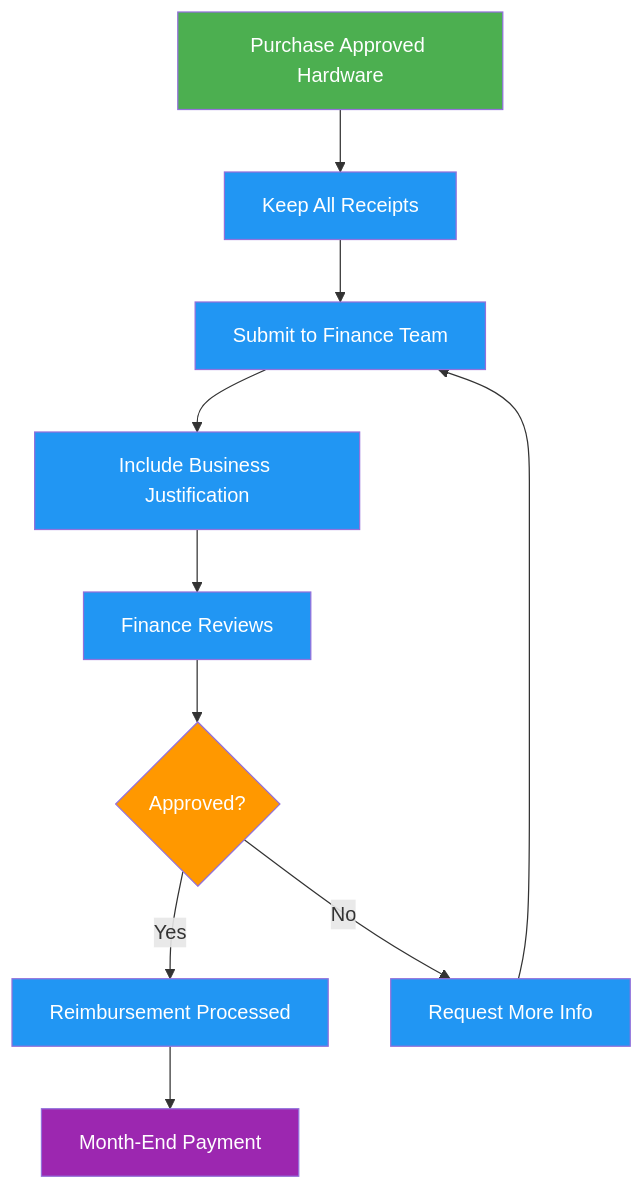
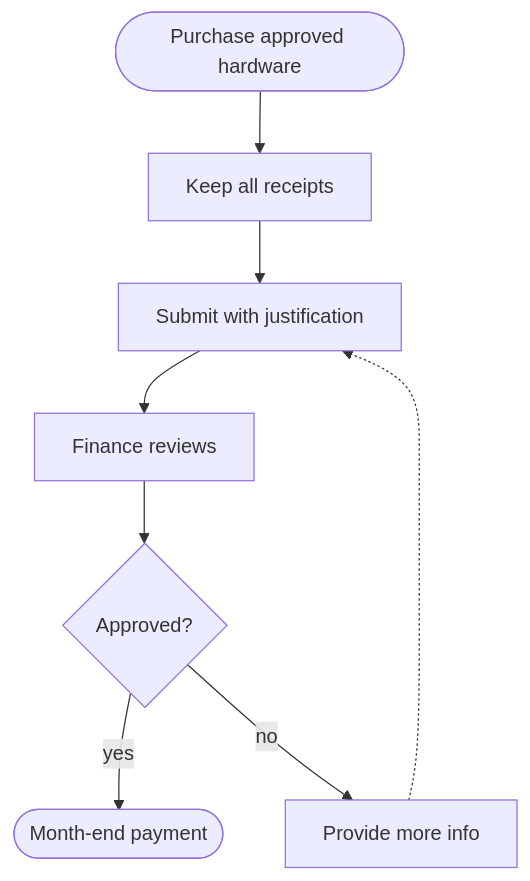
Before and after one commit to ultralytics/handbook: the fourth of 4 diagrams in docs/en/tools/hardware.md, drawn with Mermaid. The commit also changed other lines of this file and 16 other files, not shown here.

Commit message:
Migrate handbook Mermaid diagrams to the unified design system (#363)

````diff
--- a/docs/en/tools/hardware.md
+++ b/docs/en/tools/hardware.md
@@ -381,17 +370,10 @@
 ```mermaid
-graph TD
-    A[Purchase Approved Hardware]:::start --> B[Keep All Receipts]:::proc
-    B --> C[Submit to Finance Team]:::proc
-    C --> D[Include Business Justification]:::proc
-    D --> E[Finance Reviews]:::proc
-    E --> F{Approved?}:::decide
-    F -->|Yes| G[Reimbursement Processed]:::proc
-    F -->|No| H[Request More Info]:::proc
-    H --> C
-    G --> I[Month-End Payment]:::out
-
-    classDef start fill:#4CAF50,color:#fff
-    classDef proc fill:#2196F3,color:#fff
-    classDef decide fill:#FF9800,color:#fff
-    classDef out fill:#9C27B0,color:#fff
+flowchart TD
+    A([Purchase approved hardware]) --> B[Keep all receipts]
+    B --> C[Submit with justification]
+    C --> D[Finance reviews]
+    D --> E{Approved?}
+    E -->|yes| F([Month-end payment])
+    E -->|no| G[Provide more info]
+    G -.-> C
 ```
````
